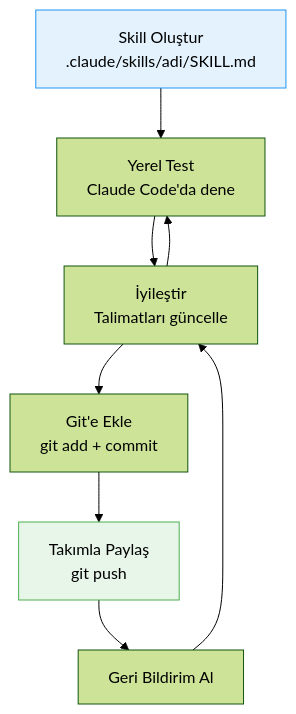
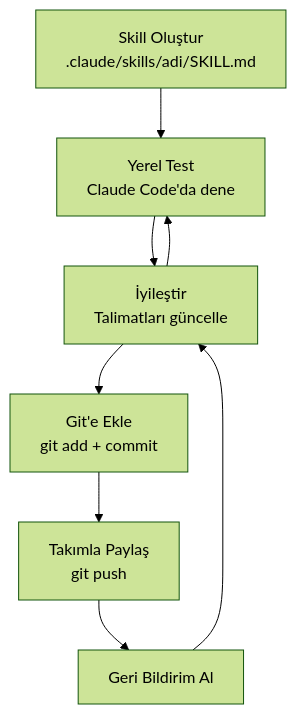
One commit to IzzetYasinAtes/ClaudeCodeHandbook changed the fifth of 5 diagrams in 12-skills-ve-pluginler/02-skill-olusturma.md. Above: the diagram before and after it, drawn with Mermaid (forest theme). The commit also changed other lines of this file and 97 other files, not shown here.

Commit message:
Remove all custom Mermaid style/fill colors from 98 markdown files for consistent dark theme rendering

````diff
--- a/12-skills-ve-pluginler/02-skill-olusturma.md
+++ b/12-skills-ve-pluginler/02-skill-olusturma.md
@@ -514,13 +505,11 @@
 ```mermaid
 flowchart TD
     CREATE["Skill Oluştur<br/>.claude/skills/adi/SKILL.md"] --> TEST["Yerel Test<br/>Claude Code'da dene"]
     TEST --> ITERATE["İyileştir<br/>Talimatları güncelle"]
     ITERATE --> TEST
     ITERATE --> COMMIT["Git'e Ekle<br/>git add + commit"]
     COMMIT --> SHARE["Takımla Paylaş<br/>git push"]
     SHARE --> FEEDBACK["Geri Bildirim Al"]
     FEEDBACK --> ITERATE
 
-    style CREATE fill:#e3f2fd,stroke:#2196f3
-    style SHARE fill:#e8f5e9,stroke:#4caf50
 ```
````
